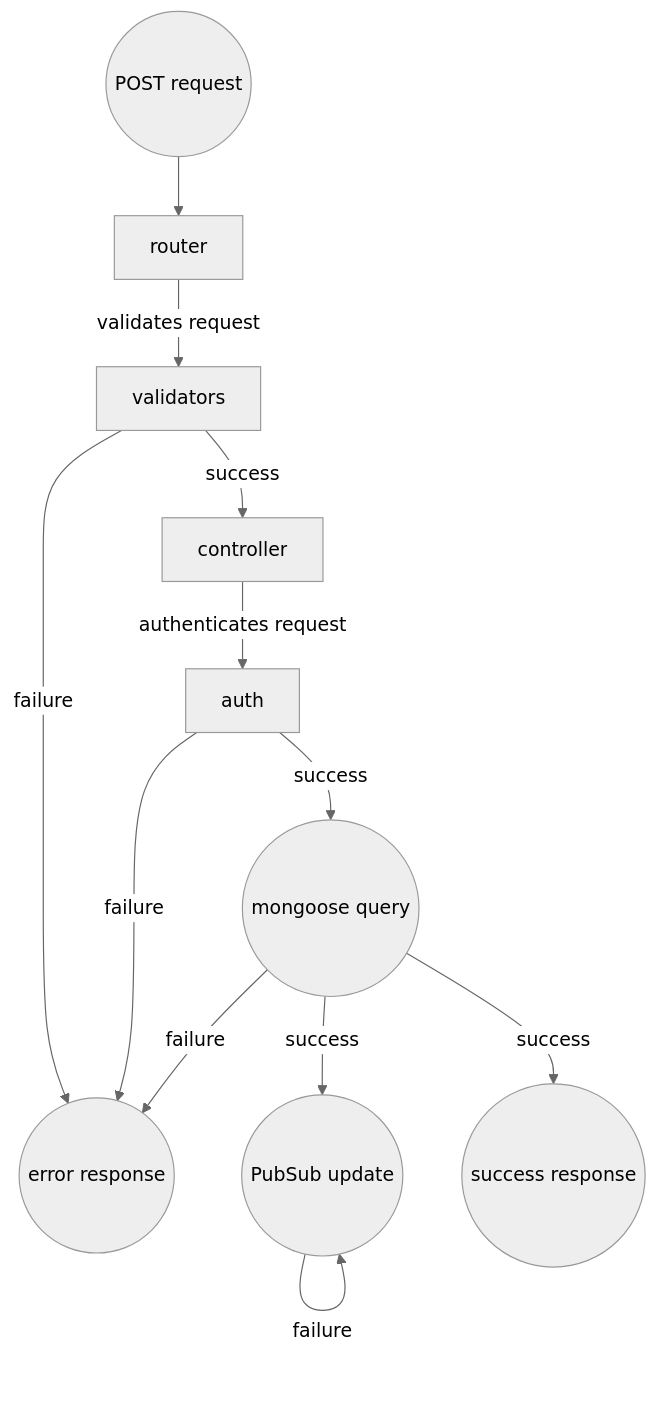
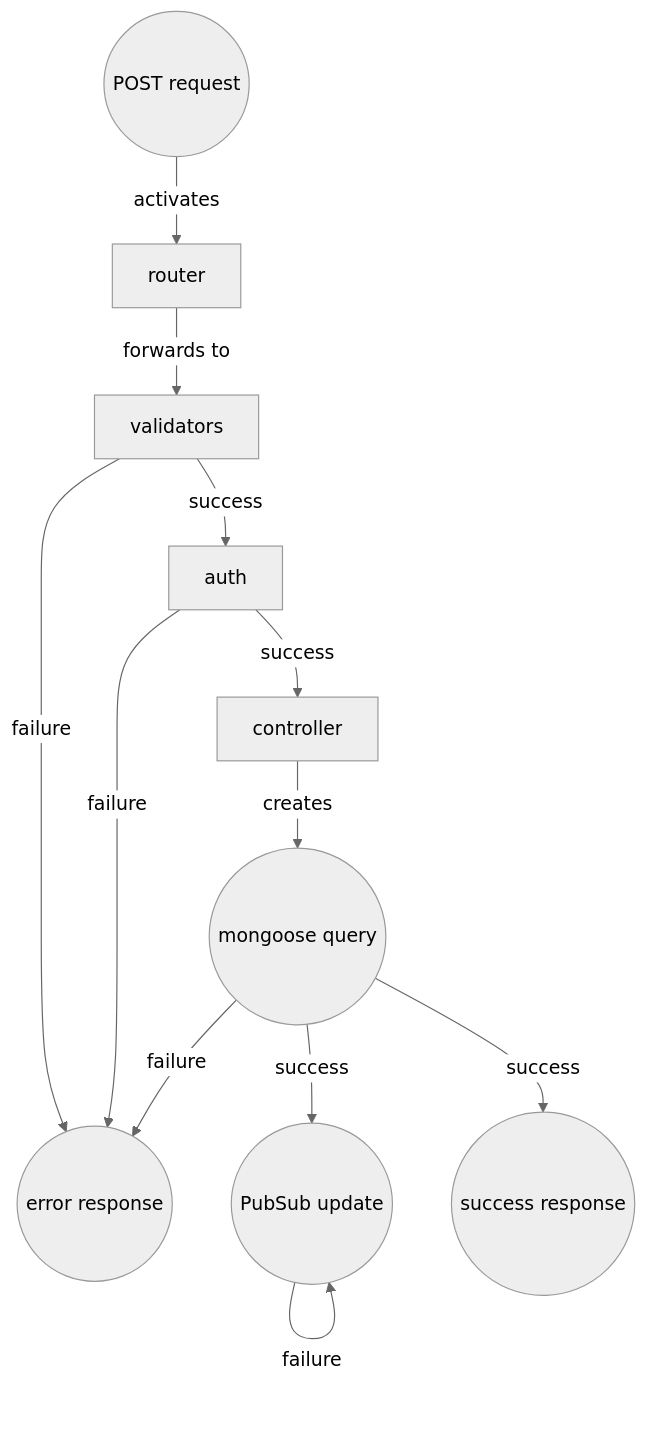
Before and after one commit to palmettos/sanctuary-stats-api: the diagram in docs/post-spec.mmd, drawn with Mermaid (neutral theme). The commit also changed 1 other file, not shown here.

Commit message:
update post request diagram

```diff
--- a/docs/post-spec.mmd
+++ b/docs/post-spec.mmd
@@ -1,14 +1,14 @@
 graph TD;
 
 request((POST request));
-request --> router;
-router-- validates request --> validators;
-validators -- success --> controller;
+request -- activates --> router;
+router-- forwards to --> validators;
+validators -- success --> auth;
 validators -- failure --> error;
-controller -- authenticates request --> auth;
-auth -- success --> db((mongoose query));
+auth -- success --> controller;
 auth -- failure --> error((error response));
+controller -- creates --> db((mongoose query));
 db -- success --> pubsub((PubSub update));
 db -- success --> success((success response));
 db -- failure --> error;
 pubsub -- failure --> pubsub;
```
